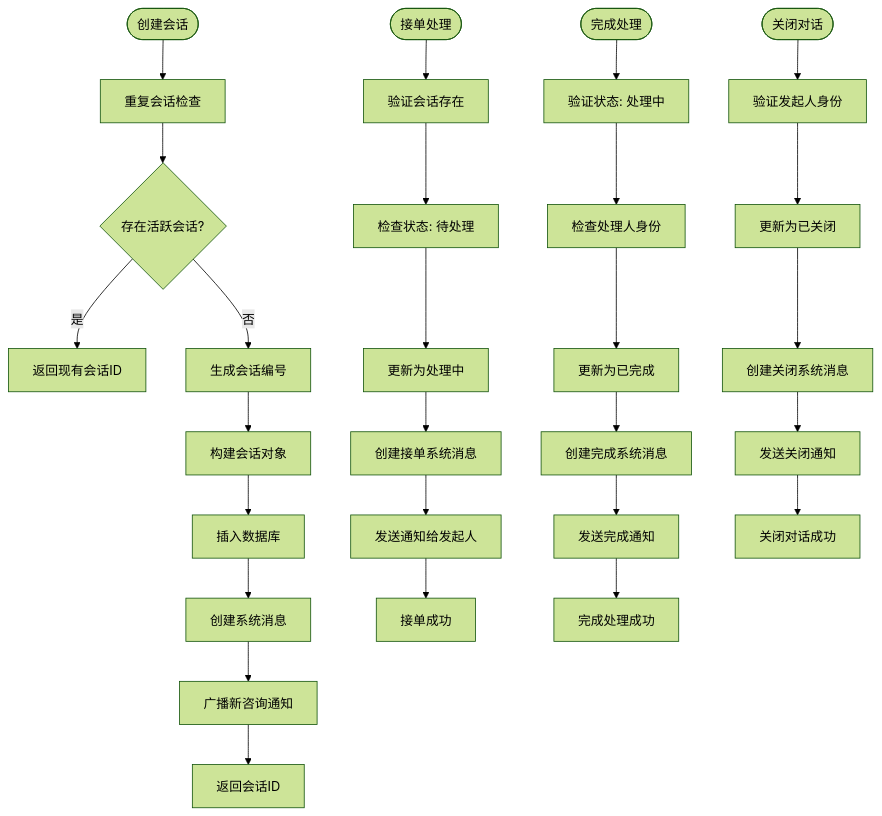
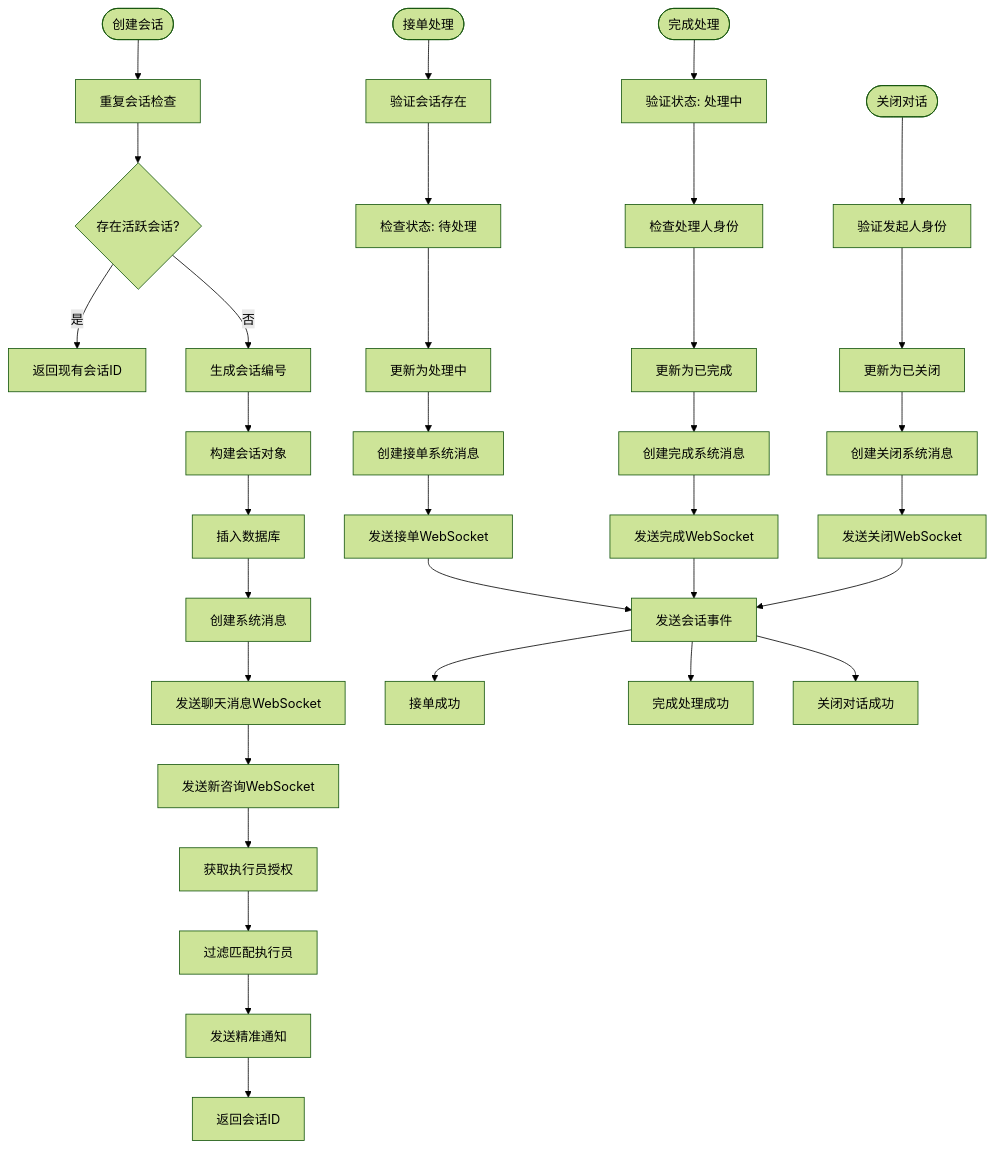
One commit to xiaoche80s-tech/rouyi-vue-pro changed the sixth of 27 diagrams in .qoder/repowiki/zh/content/核心模块/客户服务模块.md. Above: the diagram before and after it, drawn with Mermaid (forest theme). The commit also changed other lines of this file and 534 other files, not shown here.

````diff
--- a/.qoder/repowiki/zh/content/核心模块/客户服务模块.md
+++ b/.qoder/repowiki/zh/content/核心模块/客户服务模块.md
@@ -454,29 +515,36 @@
 ```mermaid
 flowchart TD
 SESSION_START([创建会话]) --> DUPLICATE_CHECK[重复会话检查]
 DUPLICATE_CHECK --> DUPLICATE_EXISTS{存在活跃会话?}
 DUPLICATE_EXISTS -- 是 --> RETURN_EXISTING[返回现有会话ID]
 DUPLICATE_EXISTS -- 否 --> GENERATE_NO[生成会话编号]
 GENERATE_NO --> BUILD_DO[构建会话对象]
 BUILD_DO --> INSERT_DB[插入数据库]
 INSERT_DB --> CREATE_SYSTEM_MSG[创建系统消息]
-CREATE_SYSTEM_MSG --> BROADCAST_NOTIFY[广播新咨询通知]
-BROADCAST_NOTIFY --> RETURN_ID[返回会话ID]
+CREATE_SYSTEM_MSG --> SEND_CHAT_WS[发送聊天消息WebSocket]
+SEND_CHAT_WS --> SEND_NEW_CONSULT_WS[发送新咨询WebSocket]
+SEND_NEW_CONSULT_WS --> GET_EXECUTOR_AUTH[获取执行员授权]
+GET_EXECUTOR_AUTH --> FILTER_MATCHING[过滤匹配执行员]
+FILTER_MATCHING --> SEND_PRECISE_WS[发送精准通知]
+SEND_PRECISE_WS --> RETURN_ID[返回会话ID]
 SESSION_ACCEPT([接单处理]) --> VALIDATE_EXISTS[验证会话存在]
 VALIDATE_EXISTS --> CHECK_STATUS[检查状态: 待处理]
 CHECK_STATUS --> UPDATE_STATUS[更新为处理中]
 UPDATE_STATUS --> CREATE_ACCEPT_MSG[创建接单系统消息]
-CREATE_ACCEPT_MSG --> SEND_NOTIFY[发送通知给发起人]
-SEND_NOTIFY --> ACCEPT_SUCCESS[接单成功]
+CREATE_ACCEPT_MSG --> SEND_ACCEPT_WS[发送接单WebSocket]
+SEND_ACCEPT_WS --> SEND_EVENT_WS[发送会话事件]
+SEND_EVENT_WS --> ACCEPT_SUCCESS[接单成功]
 SESSION_COMPLETE([完成处理]) --> VALIDATE_PROCESSING[验证状态: 处理中]
 VALIDATE_PROCESSING --> CHECK_ASSIGNEE[检查处理人身份]
 CHECK_ASSIGNEE --> UPDATE_COMPLETE[更新为已完成]
 UPDATE_COMPLETE --> CREATE_COMPLETE_MSG[创建完成系统消息]
-CREATE_COMPLETE_MSG --> SEND_COMPLETE_NOTIFY[发送完成通知]
-SEND_COMPLETE_NOTIFY --> COMPLETE_SUCCESS[完成处理成功]
+CREATE_COMPLETE_MSG --> SEND_COMPLETE_WS[发送完成WebSocket]
+SEND_COMPLETE_WS --> SEND_EVENT_WS[发送会话事件]
+SEND_EVENT_WS --> COMPLETE_SUCCESS[完成处理成功]
 SESSION_CLOSE([关闭对话]) --> VALIDATE_INITIATOR[验证发起人身份]
 VALIDATE_INITIATOR --> UPDATE_CLOSED[更新为已关闭]
 UPDATE_CLOSED --> CREATE_CLOSE_MSG[创建关闭系统消息]
-CREATE_CLOSE_MSG --> SEND_CLOSE_NOTIFY[发送关闭通知]
-SEND_CLOSE_NOTIFY --> CLOSE_SUCCESS[关闭对话成功]
+CREATE_CLOSE_MSG --> SEND_CLOSE_WS[发送关闭WebSocket]
+SEND_CLOSE_WS --> SEND_EVENT_WS[发送会话事件]
+SEND_EVENT_WS --> CLOSE_SUCCESS[关闭对话成功]
 ```
````
